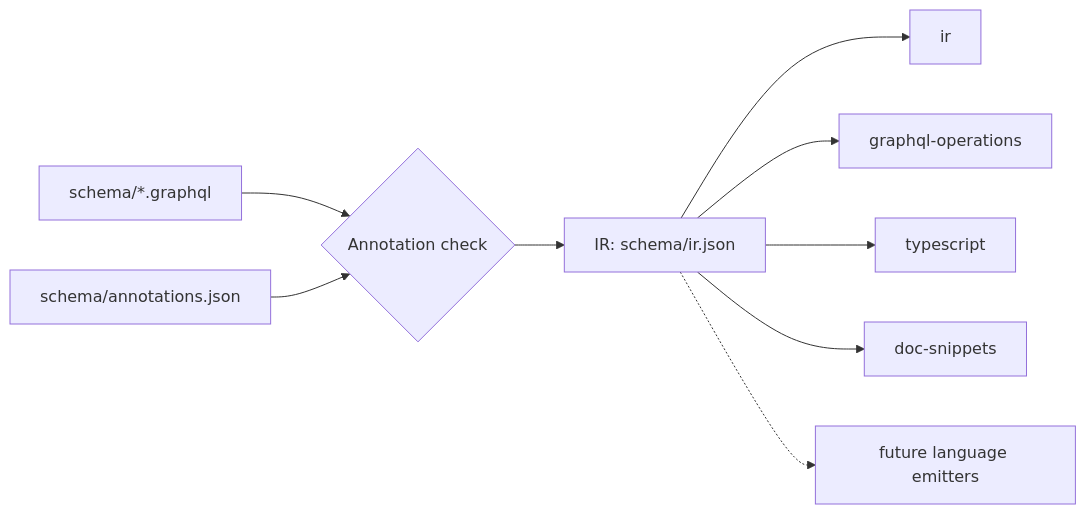
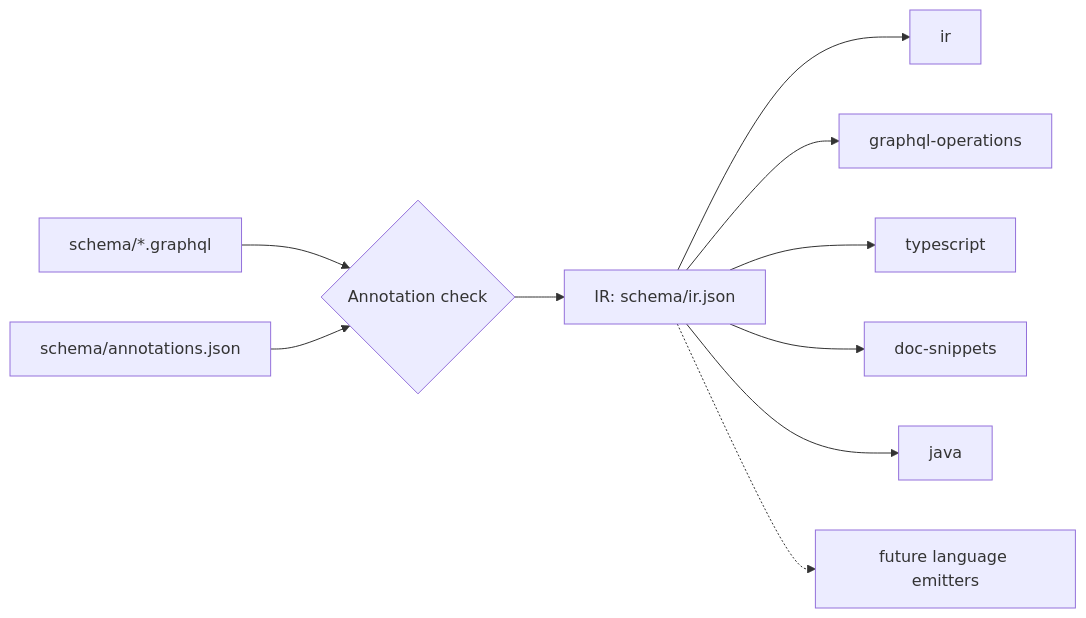
One commit to ConvoHop/sdks changed the diagram in docs/sdk-generation.md. Above: the diagram before and after it, drawn with Mermaid. The commit also changed other lines of this file and 333 other files, not shown here.

````diff
--- a/docs/sdk-generation.md
+++ b/docs/sdk-generation.md
@@ -9,11 +9,12 @@
 ```mermaid
 flowchart LR
   S["schema/*.graphql"] --> C{"Annotation check"}
   A["schema/annotations.json"] --> C
   C --> I["IR: schema/ir.json"]
   I --> E1["ir"]
   I --> E2["graphql-operations"]
   I --> E3["typescript"]
   I --> E4["doc-snippets"]
+  I --> EJ["java"]
   I -.-> E5["future language emitters"]
 ```
````
